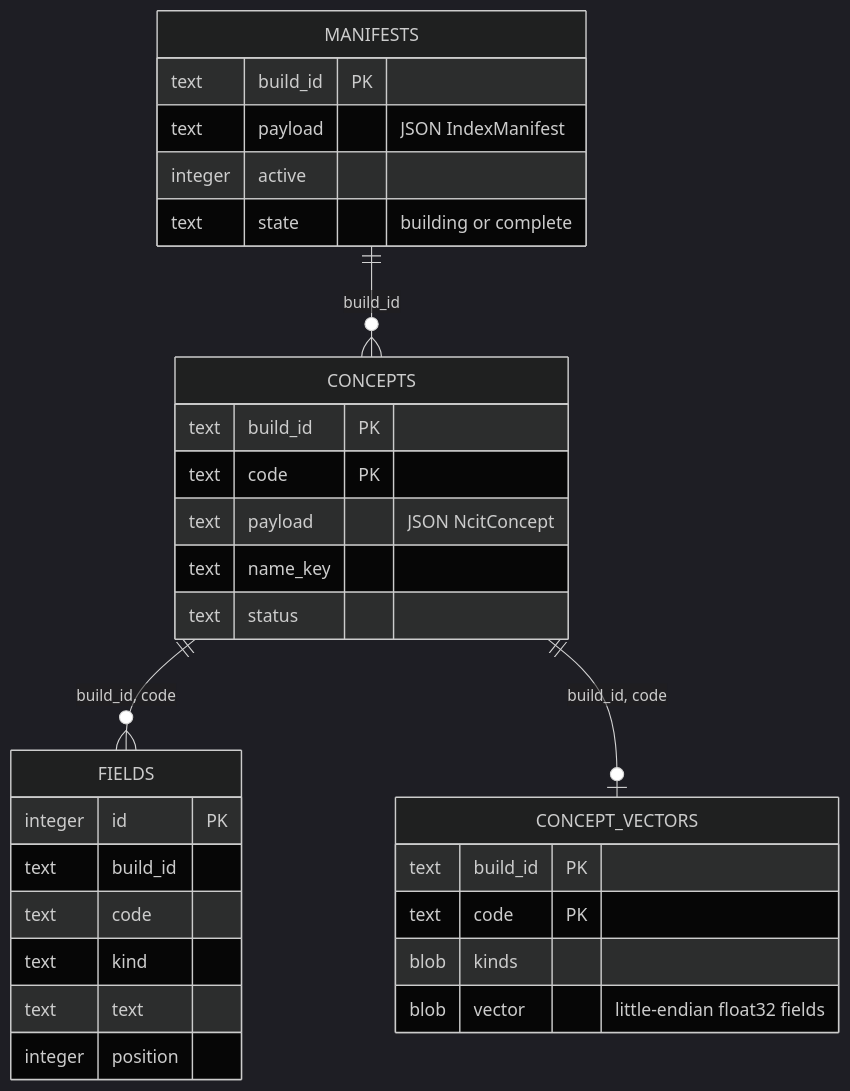
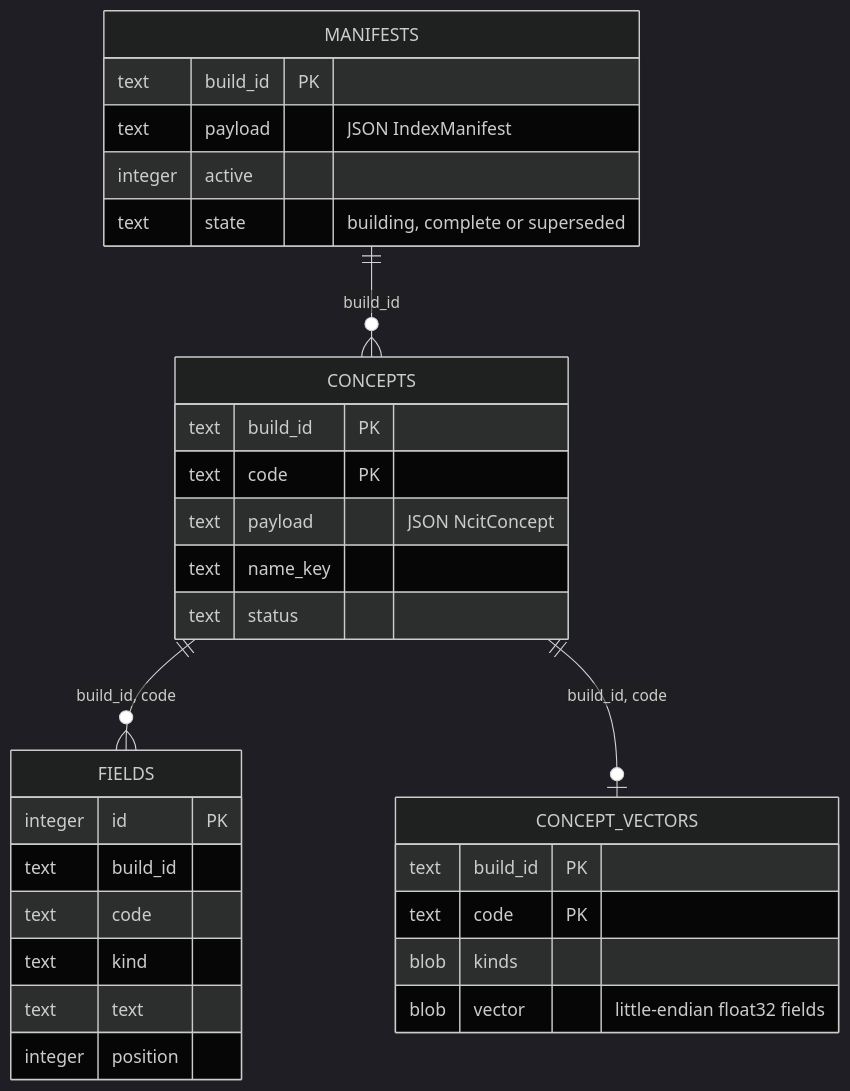
The fifth of 5 diagrams in ARCHITECTURE.md (CBIIT/nci-sip-mcp), drawn with Mermaid (dark theme) before and after one commit. The commit also changed other lines of this file and 7 other files, not shown here.

````diff
--- a/ARCHITECTURE.md
+++ b/ARCHITECTURE.md
@@ -529,33 +531,33 @@
 ```mermaid
 erDiagram
     MANIFESTS {
         text build_id PK
         text payload "JSON IndexManifest"
         integer active
-        text state "building or complete"
+        text state "building, complete or superseded"
     }
     CONCEPTS {
         text build_id PK
         text code PK
         text payload "JSON NcitConcept"
         text name_key
         text status
     }
     FIELDS {
         integer id PK
         text build_id
         text code
         text kind
         text text
         integer position
     }
     CONCEPT_VECTORS {
         text build_id PK
         text code PK
         blob kinds
         blob vector "little-endian float32 fields"
     }
     MANIFESTS ||--o{ CONCEPTS : build_id
     CONCEPTS ||--o{ FIELDS : "build_id, code"
     CONCEPTS ||--o| CONCEPT_VECTORS : "build_id, code"
 ```
````
